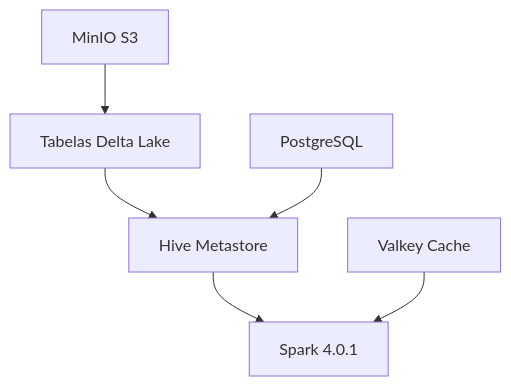
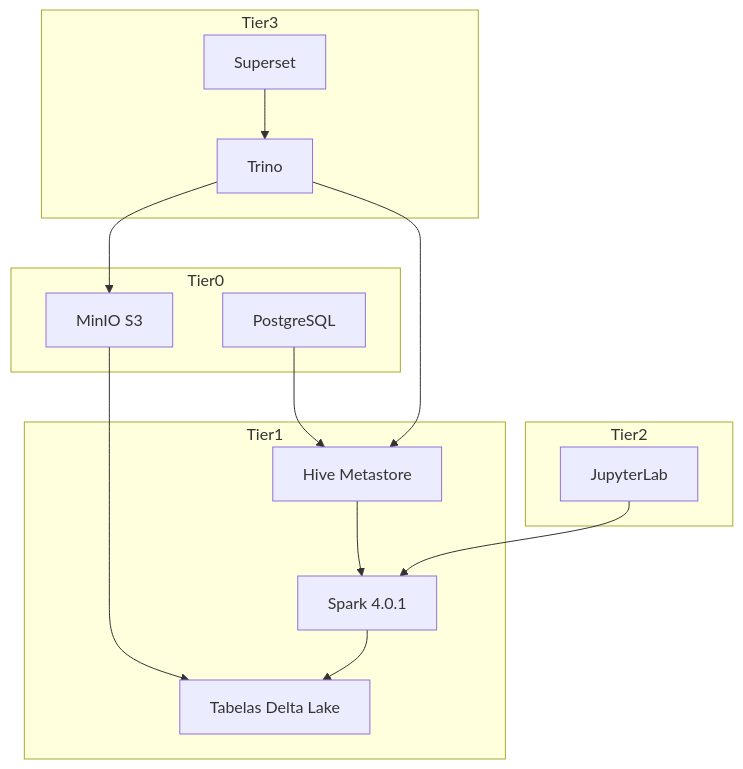
Before and after one commit to P-Bao/FlumenData: the diagram in docs/index.pt.md, drawn with Mermaid. The commit also changed other lines of this file and 42 other files, not shown here.

````diff
--- a/docs/index.pt.md
+++ b/docs/index.pt.md
@@ -31,8 +32,28 @@
 ```mermaid
 graph TD
-    A[MinIO S3] --> B[Tabelas Delta Lake]
-    B --> C[Hive Metastore]
-    C --> D[Spark 4.0.1]
-    E[PostgreSQL] --> C
-    F[Valkey Cache] --> D
+    subgraph Tier0
+        MINIO[MinIO S3]
+        POSTGRES[PostgreSQL]
+    end
+    subgraph Tier1
+        SPARK[Spark 4.0.1]
+        HIVE[Hive Metastore]
+        DELTA[Tabelas Delta Lake]
+    end
+    subgraph Tier2
+        JUPYTER[JupyterLab]
+    end
+    subgraph Tier3
+        TRINO[Trino]
+        SUPERSET[Superset]
+    end
+
+    MINIO --> DELTA
+    POSTGRES --> HIVE
+    HIVE --> SPARK
+    SPARK --> DELTA
+    TRINO --> HIVE
+    TRINO --> MINIO
+    SUPERSET --> TRINO
+    JUPYTER --> SPARK
 ```
````
